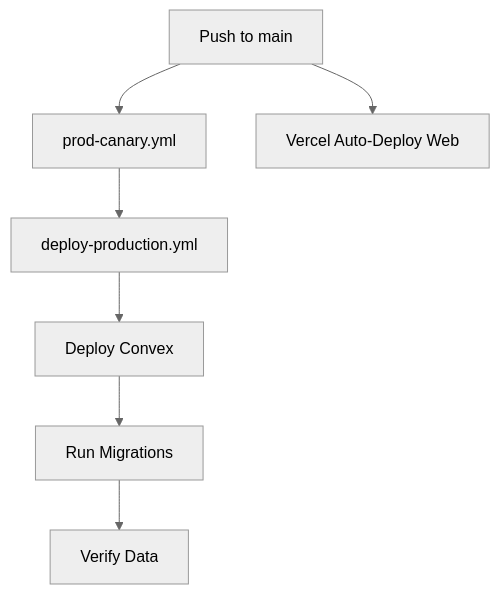
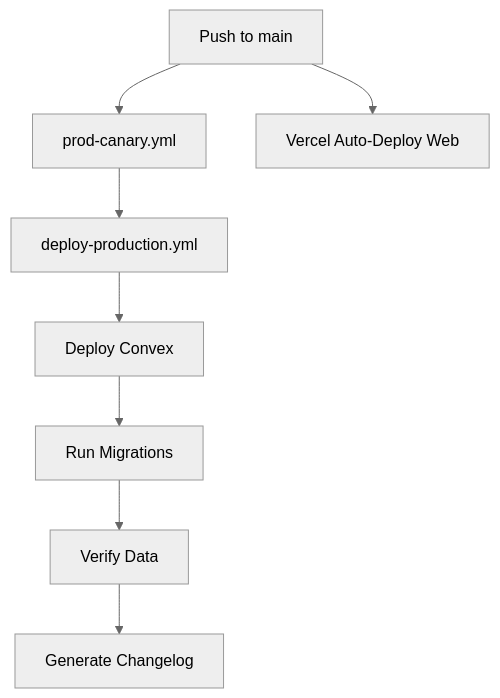
One commit to opentech1/openchat changed the diagram in .github/workflows/README.md. Above: the diagram before and after it, drawn with Mermaid (neutral theme). The commit also changed other lines of this file and 4 other files, not shown here.

First line of the commit message:
feat: add changelog button and AutoChangelog CI integration (#461)

````diff
--- a/.github/workflows/README.md
+++ b/.github/workflows/README.md
@@ -166,9 +183,10 @@
 ```mermaid
 graph TD
     A[Push to main] --> B[prod-canary.yml]
     B --> C[deploy-production.yml]
     C --> D[Deploy Convex]
     D --> E[Run Migrations]
     E --> F[Verify Data]
-    A --> G[Vercel Auto-Deploy Web]
+    F --> G[Generate Changelog]
+    A --> H[Vercel Auto-Deploy Web]
 ```
````
